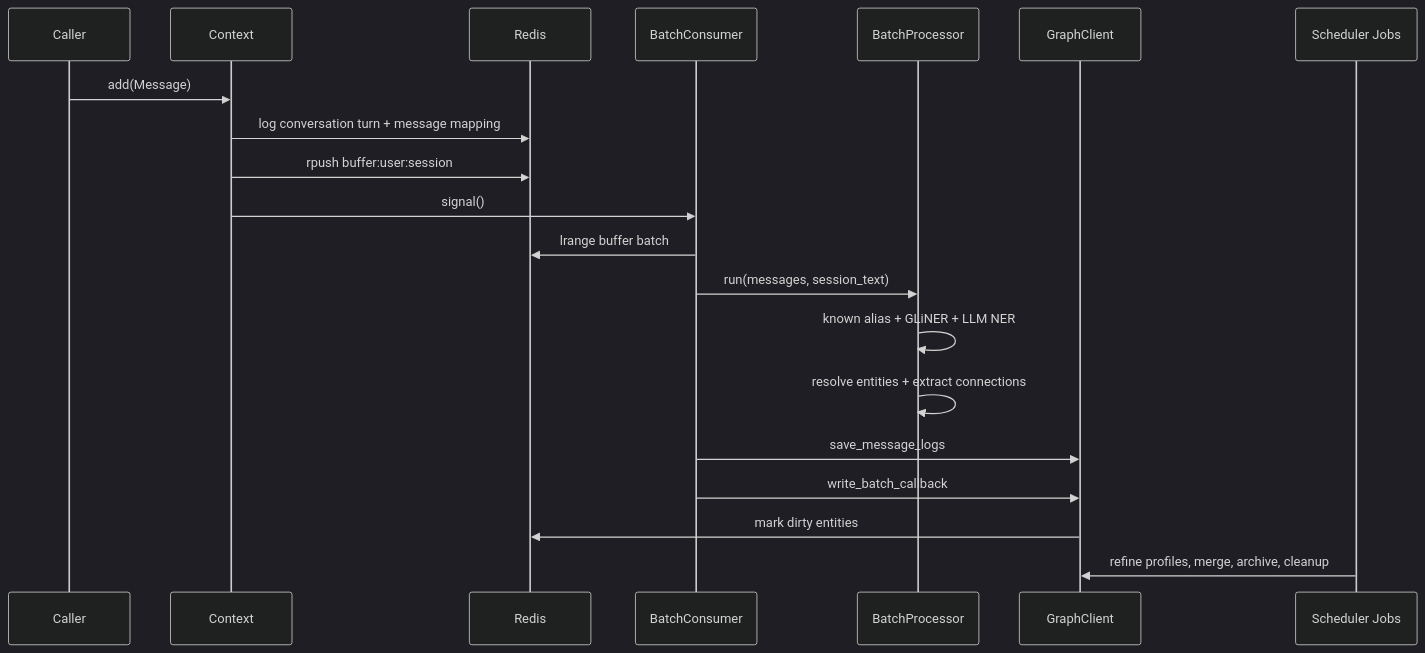
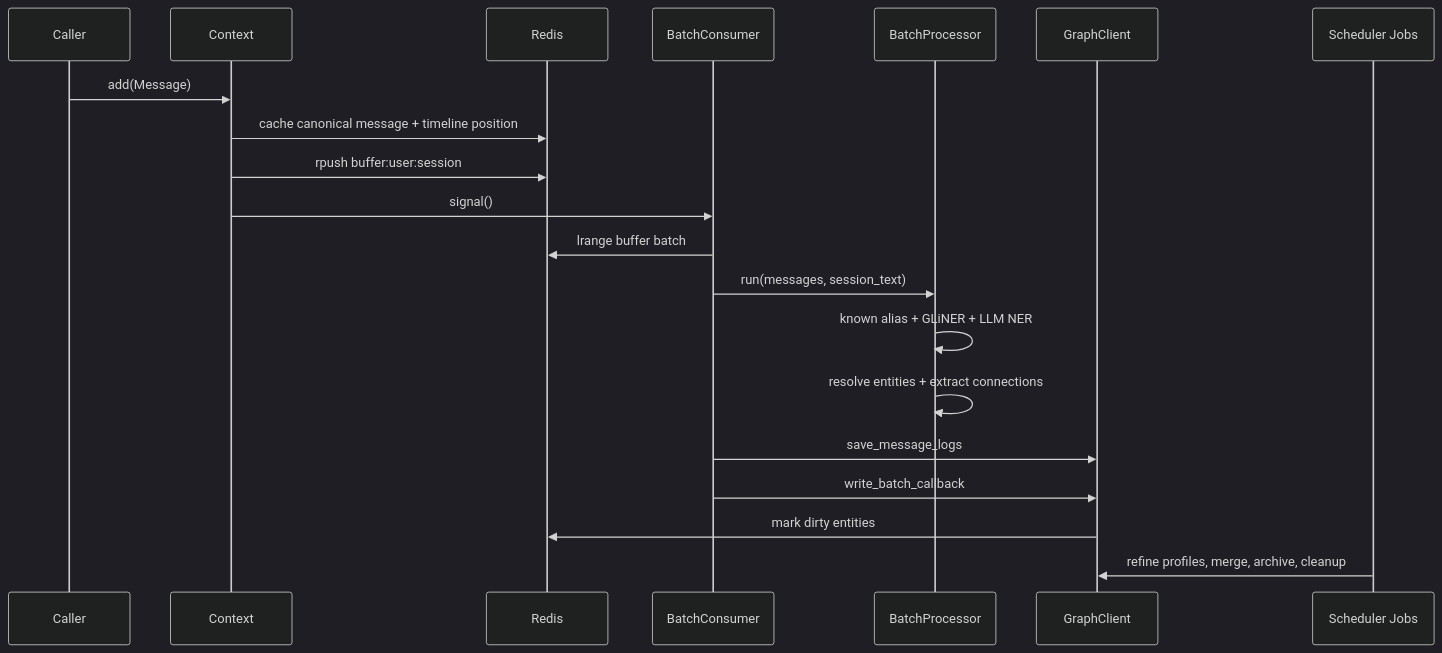
One commit to yinka3/knoggin changed the second of 4 diagrams in knoggin-server/codebase-analysis-docs/CODEBASE_KNOWLEDGE.md. Above: the diagram before and after it, drawn with Mermaid (dark theme). The commit also changed other lines of this file and 76 other files, not shown here.

Commit message:
Harden scheduler execution and leases, standardize LLM/agent streaming, make Redis resource-owned and configurable, remove redundant turn IDs and domain helpers, correct key scoping, and update fakes, tests, and docs.

````diff
--- a/knoggin-server/codebase-analysis-docs/CODEBASE_KNOWLEDGE.md
+++ b/knoggin-server/codebase-analysis-docs/CODEBASE_KNOWLEDGE.md
@@ -178,23 +178,23 @@
 ```mermaid
 sequenceDiagram
     participant Caller
     participant Context
     participant Redis
     participant Consumer as BatchConsumer
     participant Processor as BatchProcessor
     participant Graph as GraphClient
     participant Jobs as Scheduler Jobs
 
     Caller->>Context: add(Message)
-    Context->>Redis: log conversation turn + message mapping
+    Context->>Redis: cache canonical message + timeline position
     Context->>Redis: rpush buffer:user:session
     Context->>Consumer: signal()
     Consumer->>Redis: lrange buffer batch
     Consumer->>Processor: run(messages, session_text)
     Processor->>Processor: known alias + GLiNER + LLM NER
     Processor->>Processor: resolve entities + extract connections
     Consumer->>Graph: save_message_logs
     Consumer->>Graph: write_batch_callback
     Graph->>Redis: mark dirty entities
     Jobs->>Graph: refine profiles, merge, archive, cleanup
 ```
````
